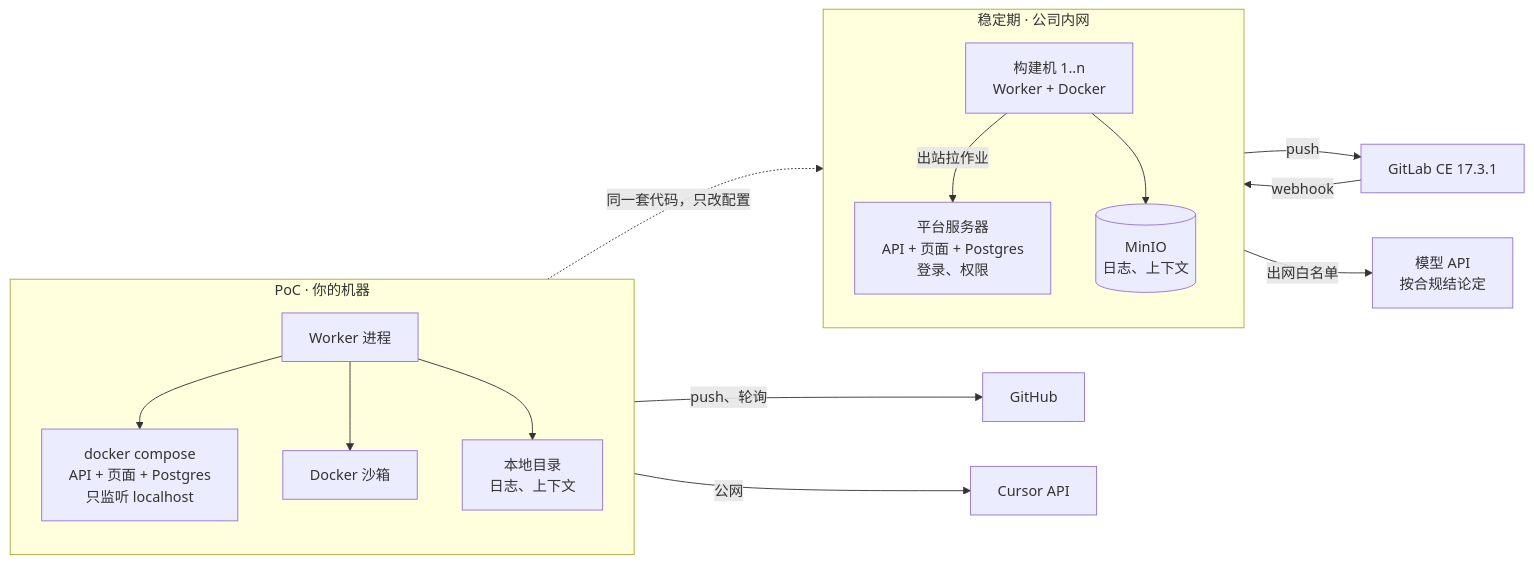
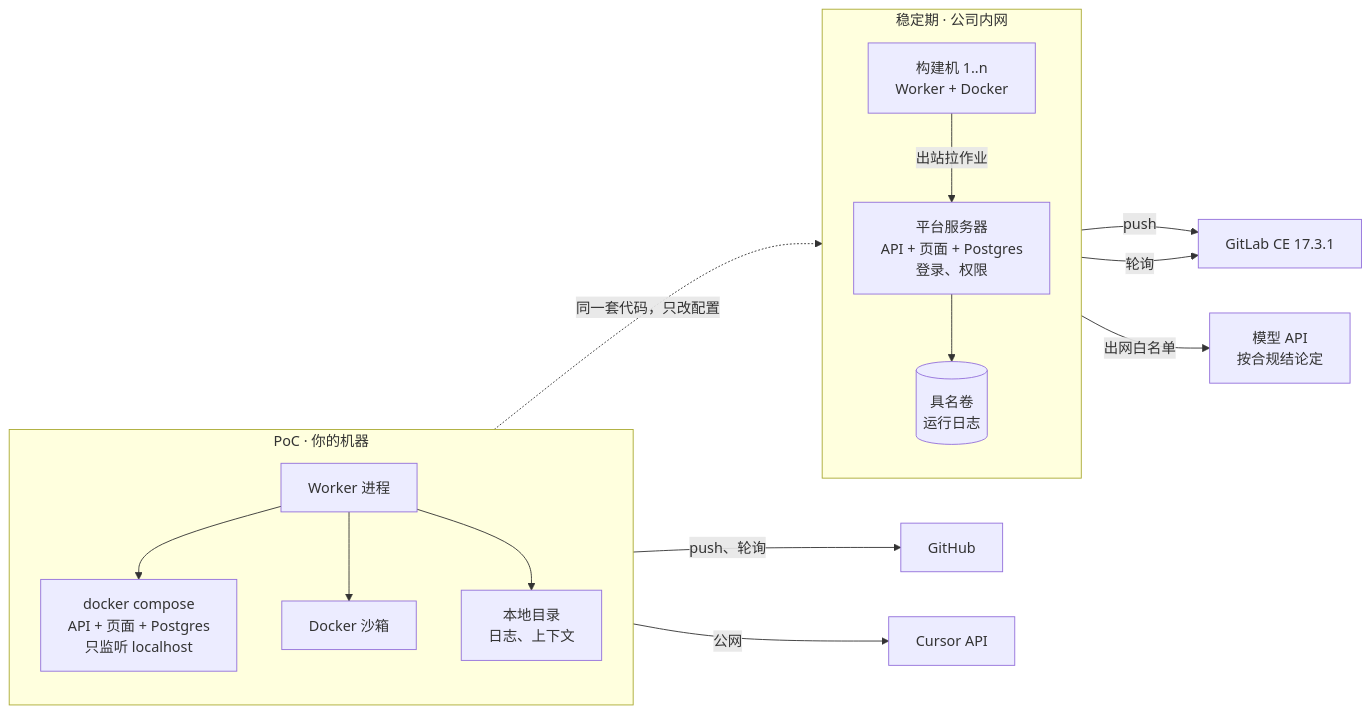
Before and after one commit to xxh171015/afk-platform: diagram 23 of 24 in docs/design.md, drawn with Mermaid. The commit also changed other lines of this file and 1 other file, not shown here.

Commit message:
M3 spec: GitLab, specs in parallel and basic metrics on the user's Mac; design doc moves the server to M4 and drops MinIO

````diff
--- a/docs/design.md
+++ b/docs/design.md
@@ -1287,33 +1288,33 @@
 ```mermaid
 flowchart LR
     subgraph poc["PoC · 你的机器"]
         direction TB
         p1["docker compose<br/>API + 页面 + Postgres<br/>只监听 localhost"]
         p2["Worker 进程"]
         p3["Docker 沙箱"]
         p4["本地目录<br/>日志、上下文"]
         p2 --> p1
         p2 --> p3
         p2 --> p4
     end
     gh["GitHub"]
     cur["Cursor API"]
     p2 -->|push、轮询| gh
     p3 -->|公网| cur
 
     subgraph prod["稳定期 · 公司内网"]
         direction TB
         s1["平台服务器<br/>API + 页面 + Postgres<br/>登录、权限"]
         s2["构建机 1..n<br/>Worker + Docker"]
-        s3[("MinIO<br/>日志、上下文")]
+        s3[("具名卷<br/>运行日志")]
         s2 -->|出站拉作业| s1
-        s2 --> s3
+        s1 --> s3
     end
     gl["GitLab CE 17.3.1"]
     model["模型 API<br/>按合规结论定"]
     s2 -->|push| gl
-    gl -->|webhook| s1
+    s1 -->|轮询| gl
     s2 -->|出网白名单| model
 
     poc -.->|同一套代码，只改配置| prod
 ```
````
